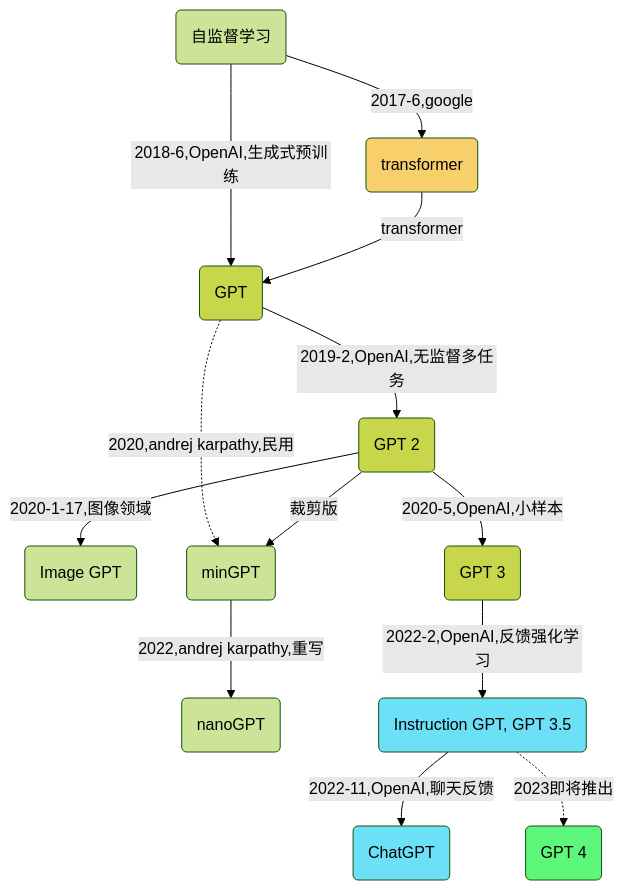
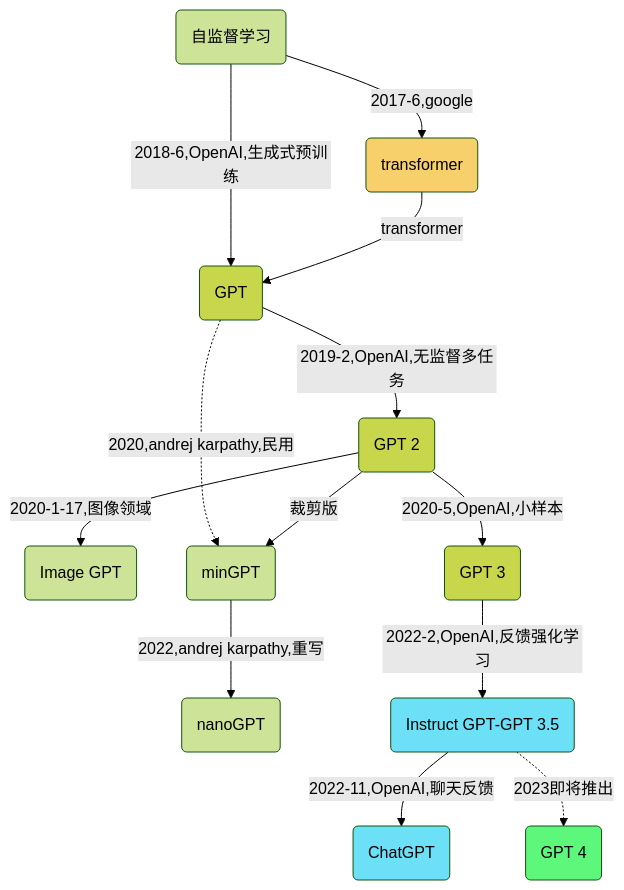
Before and after one commit to Gaohaoyang/gaohaoyang.github.io: the diagram in _posts/2019-12-14-gpt.md, drawn with Mermaid (forest theme). The commit also changed other lines of this file, not shown here.

```diff
--- a/_posts/2019-12-14-gpt.md
+++ b/_posts/2019-12-14-gpt.md
@@ -307,22 +307,22 @@
 <div class="mermaid">
     flowchart TD
     %% 节点颜色
     classDef red fill:#f02;
     classDef green fill:#5CF77B;
     classDef blue fill:#6BE0F7;
     classDef orange fill:#F7CF6B;
     classDef grass fill:#C8D64B;
     %%节点关系定义
     O(自监督学习)-->|2017-6,google|A(transformer):::orange
     O-->|2018-6,OpenAI,生成式预训练| B
     A-->|transformer|B(GPT):::grass
     B-->|2019-2,OpenAI,无监督多任务|C(GPT 2):::grass
     C-->|2020-1-17,图像领域|H(Image GPT)
     B-.->|2020,andrej karpathy,民用|B1(minGPT)
     B1-->|2022,andrej karpathy,重写|B2(nanoGPT)
     C-->|裁剪版|B1
     C-->|2020-5,OpenAI,小样本|D(GPT 3):::grass
-    D-->|2022-2,OpenAI,反馈强化学习|E(Instruction GPT, GPT 3.5):::blue
+    D-->|2022-2,OpenAI,反馈强化学习|E(Instruct GPT-GPT 3.5):::blue
     E-->|2022-11,OpenAI,聊天反馈|F(ChatGPT):::blue
     E-.->|2023即将推出|G(GPT 4):::green
 </div>
```
